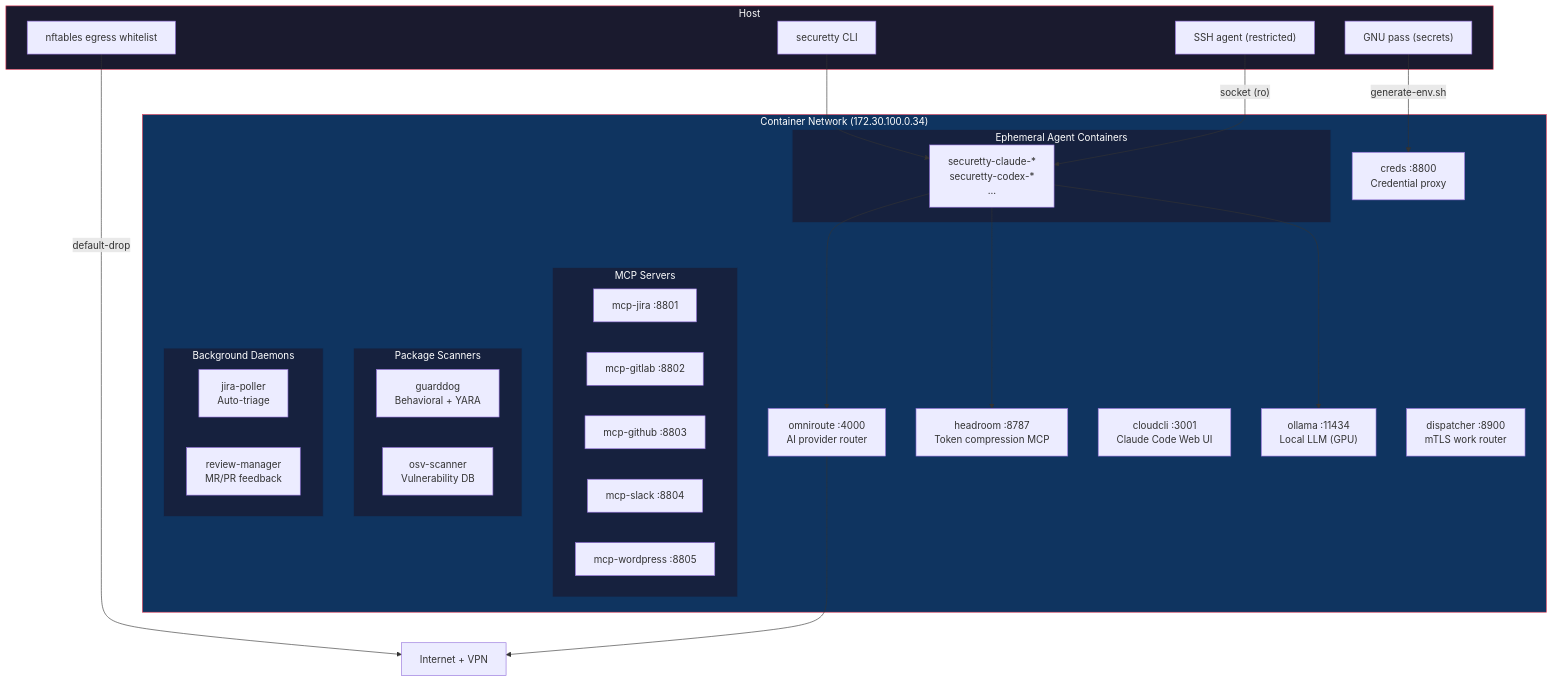
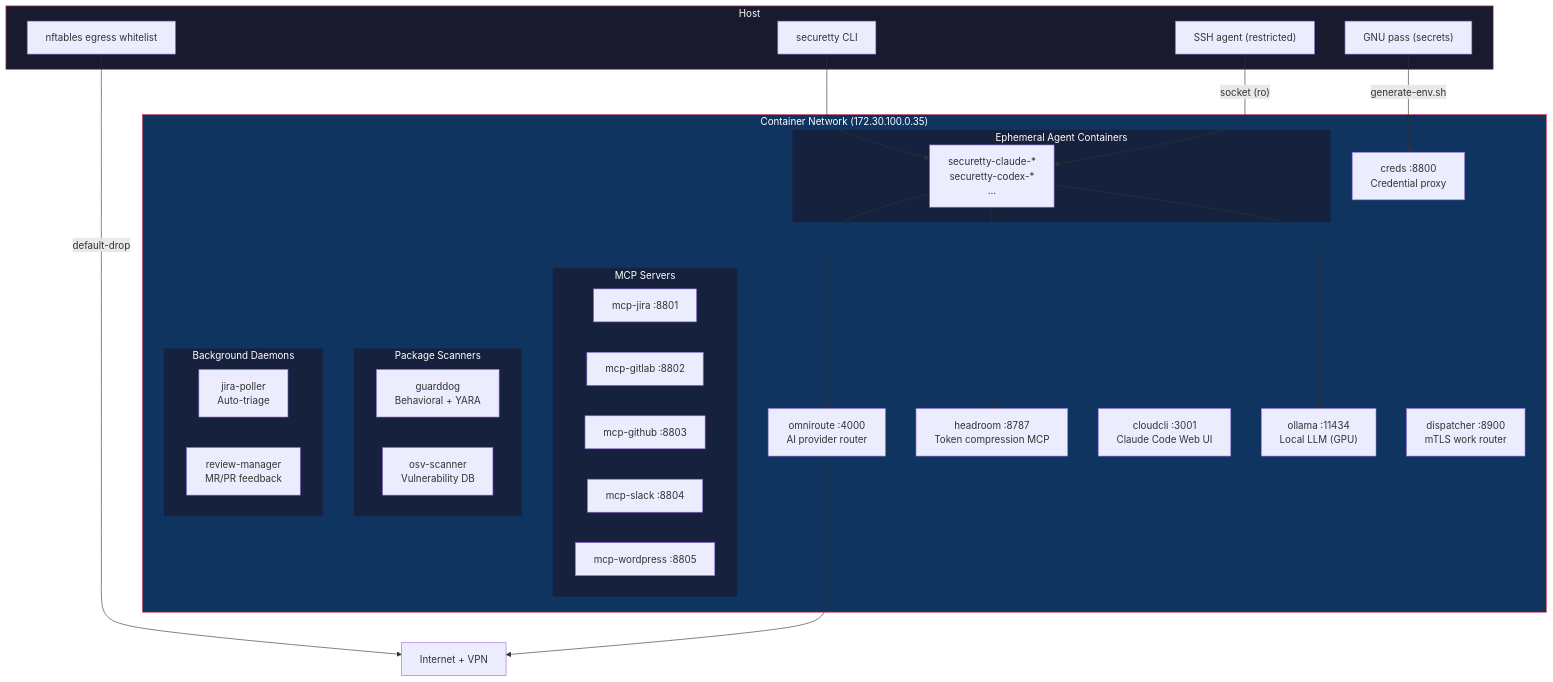
One commit to dmzoneill/securetty changed the first of 2 diagrams in README.md. Above: the diagram before and after it, drawn with Mermaid. The commit also changed 1 other file, not shown here.

Commit message:
chore: bump version to v0.0.35

````diff
--- a/README.md
+++ b/README.md
@@ -11,58 +11,58 @@
 ```mermaid
 graph TD
     Internet["Internet + VPN"]
 
     subgraph host["Host"]
         CLI["securetty CLI"]
         SSHAgent["SSH agent (restricted)"]
         Pass["GNU pass (secrets)"]
         Egress["nftables egress whitelist"]
     end
 
-    subgraph network["Container Network (172.30.100.0.34)"]
+    subgraph network["Container Network (172.30.100.0.35)"]
         OmniRoute["omniroute :4000\nAI provider router"]
         Headroom["headroom :8787\nToken compression MCP"]
         CloudCLI["cloudcli :3001\nClaude Code Web UI"]
         Ollama["ollama :11434\nLocal LLM (GPU)"]
         Creds["creds :8800\nCredential proxy"]
         Dispatcher["dispatcher :8900\nmTLS work router"]
 
         subgraph mcp["MCP Servers"]
             Jira["mcp-jira :8801"]
             GitLab["mcp-gitlab :8802"]
             GitHub["mcp-github :8803"]
             Slack["mcp-slack :8804"]
             WordPress["mcp-wordpress :8805"]
         end
 
         subgraph scanners["Package Scanners"]
             GuardDog["guarddog\nBehavioral + YARA"]
             OSV["osv-scanner\nVulnerability DB"]
         end
 
         subgraph agents["Ephemeral Agent Containers"]
             Dev["securetty-claude-*\nsecuretty-codex-*\n..."]
         end
 
         subgraph daemons["Background Daemons"]
             JiraPoller["jira-poller\nAuto-triage"]
             ReviewMgr["review-manager\nMR/PR feedback"]
         end
     end
 
     CLI --> Dev
     Pass -->|"generate-env.sh"| Creds
     SSHAgent -->|"socket (ro)"| Dev
     Egress -->|"default-drop"| Internet
     Dev --> OmniRoute
     Dev --> Headroom
     Dev --> Ollama
     OmniRoute --> Internet
 
     style network fill:#0f3460,stroke:#e94560,color:#fff
     style host fill:#1a1a2e,stroke:#e94560,color:#fff
     style mcp fill:#16213e,stroke:#0f3460,color:#fff
     style scanners fill:#16213e,stroke:#0f3460,color:#fff
     style agents fill:#16213e,stroke:#0f3460,color:#fff
     style daemons fill:#16213e,stroke:#0f3460,color:#fff
 ```
````
